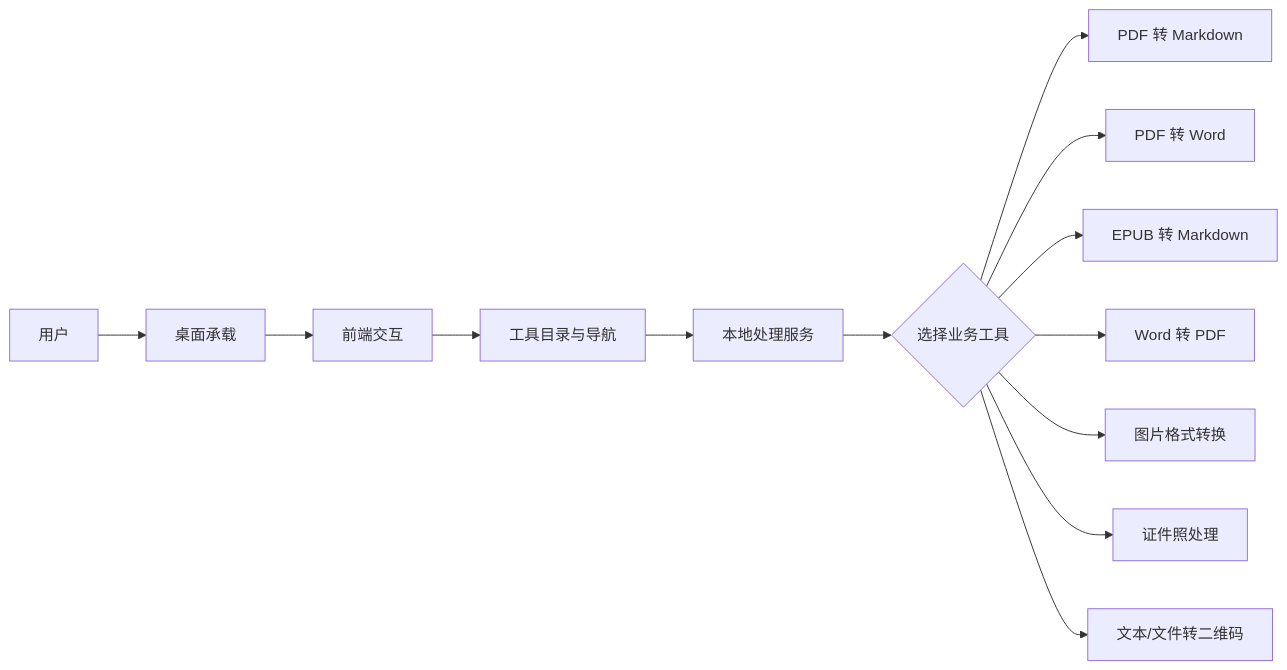
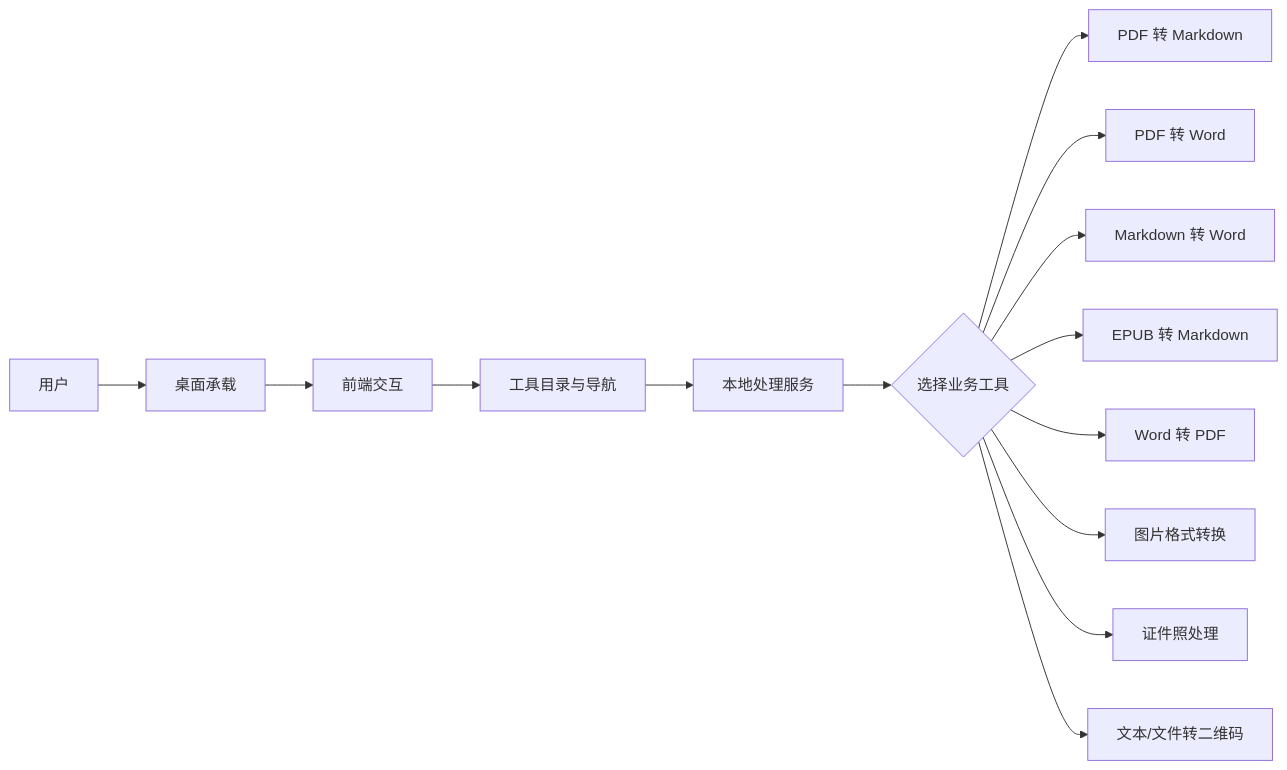
Before and after one commit to ddll8023/tools: the first of 9 diagrams in doc/模块说明文档.md, drawn with Mermaid. The commit also changed other lines of this file and 14 other files, not shown here.

Commit message:
feat: add markdown to word conversion

````diff
--- a/doc/模块说明文档.md
+++ b/doc/模块说明文档.md
@@ -312,15 +331,16 @@
 ```mermaid
 flowchart LR
     User[用户] --> Shell[桌面承载]
     Shell --> UI[前端交互]
     UI --> Catalog[工具目录与导航]
     Catalog --> Service[本地处理服务]
     Service --> Select{选择业务工具}
     Select --> PDF[PDF 转 Markdown]
     Select --> PDFWORD[PDF 转 Word]
+    Select --> MDWORD[Markdown 转 Word]
     Select --> EPUB[EPUB 转 Markdown]
     Select --> WORD[Word 转 PDF]
     Select --> IMAGE[图片格式转换]
     Select --> IDPHOTO[证件照处理]
     Select --> QRCODE[文本/文件转二维码]
 ```
````
